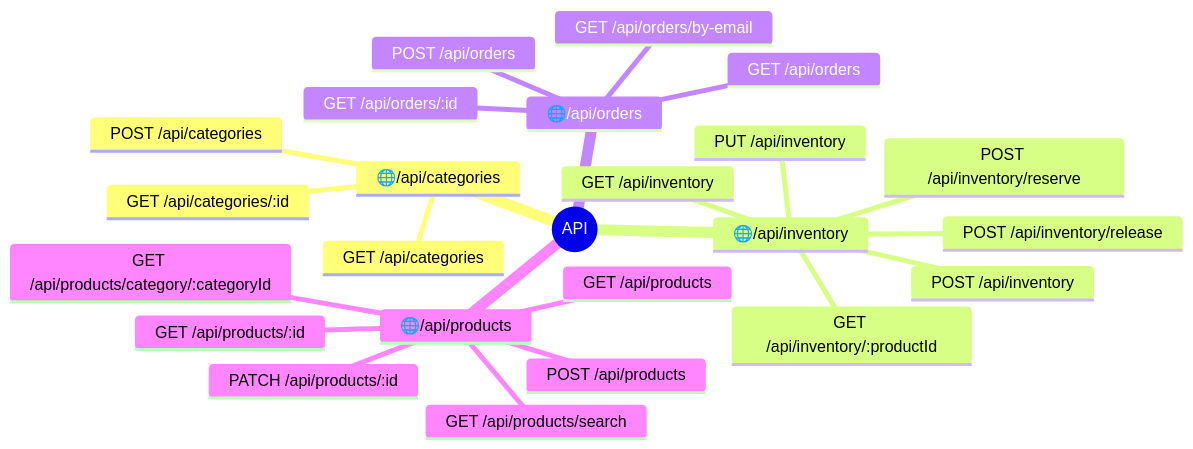
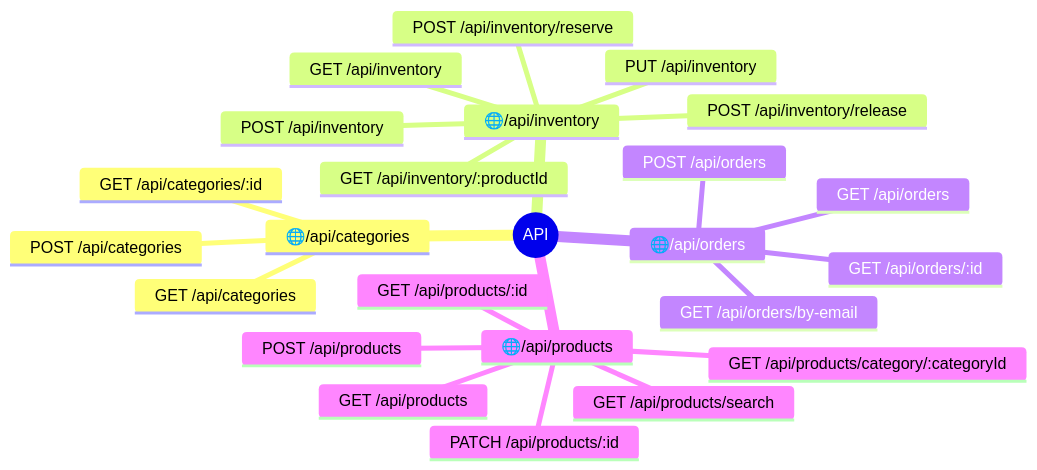
Before and after one commit to AleksOBM/plus-smart-home-tech: the first of 2 diagrams in README.md, drawn with Mermaid.

Commit message:
README.md

````diff
--- a/README.md
+++ b/README.md
@@ -23,27 +23,28 @@
 ```mermaid
+%%{init: { 'mindmap': { 'maxNodeWidth': 500 } }}%%
 mindmap
   root((API))
     🌐/api/categories
         GET /api/categories
         GET /api/categories/:id
         POST /api/categories
     🌐/api/inventory
         GET /api/inventory
         GET /api/inventory/:productId
         POST /api/inventory
         POST /api/inventory/reserve
         POST /api/inventory/release
         PUT /api/inventory
     🌐/api/orders
         GET /api/orders
         GET /api/orders/:id
         GET /api/orders/by-email
         POST /api/orders
     🌐/api/products
         GET /api/products
         GET /api/products/:id
         GET /api/products/category/:categoryId
         GET /api/products/search
         PATCH /api/products/:id
         POST /api/products
 ```
````
